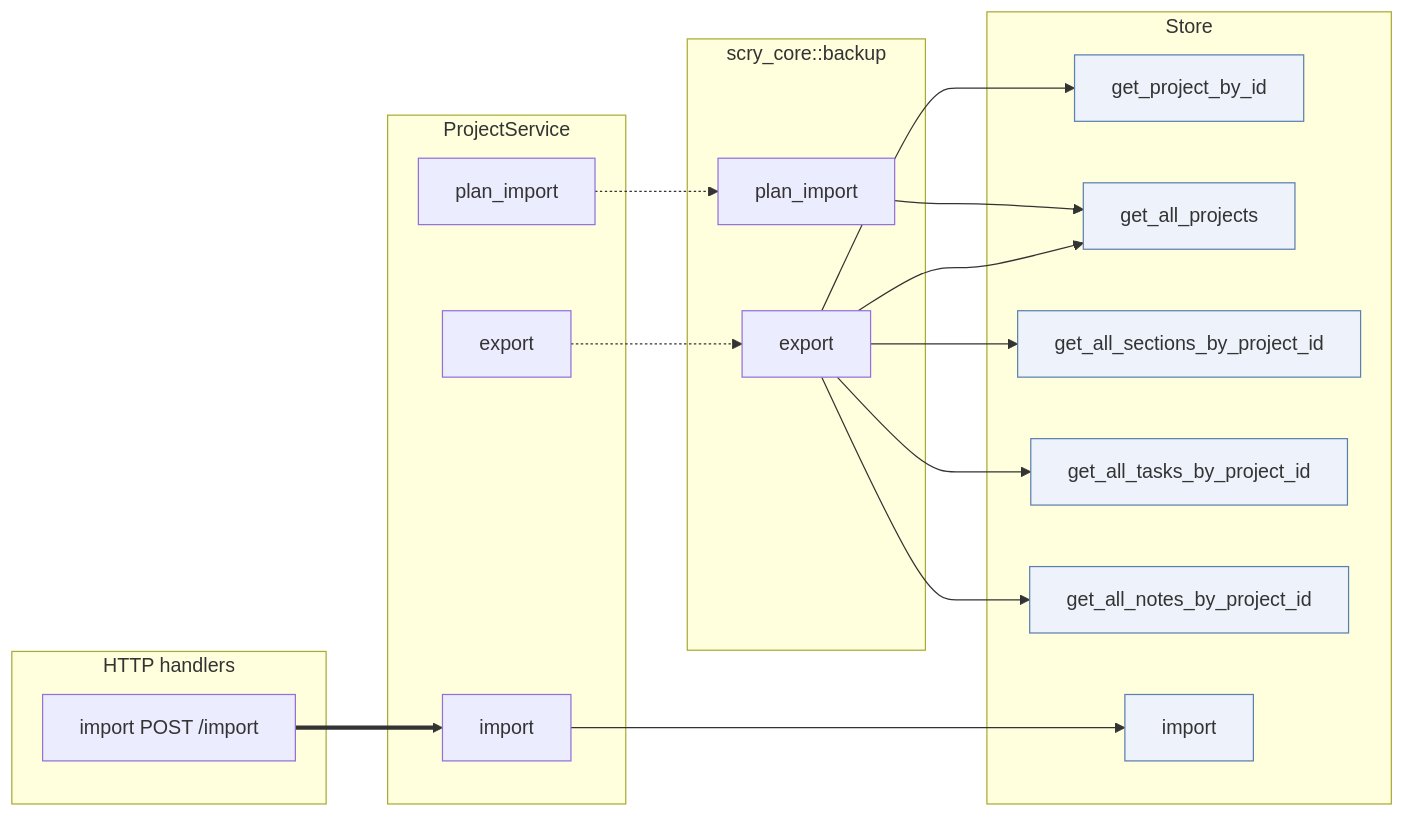
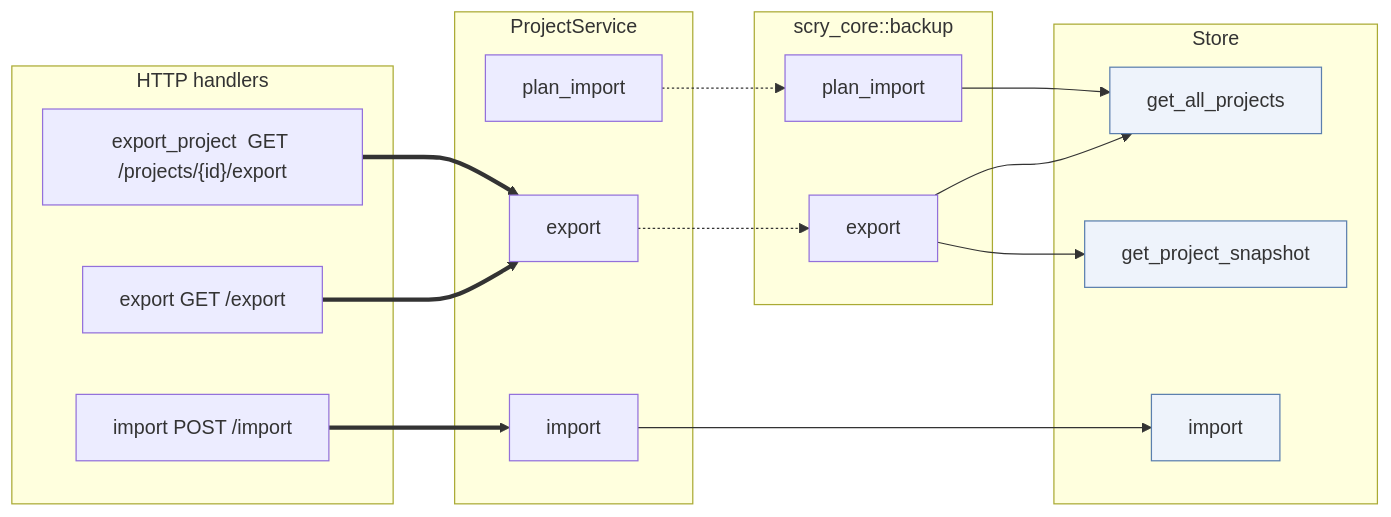
Before and after one commit to paulwrubel/scry: the sixth of 6 diagrams in docs/service-store-calls.md, drawn with Mermaid. The commit also changed other lines of this file and 9 other files, not shown here.

First line of the commit message:
feat: consolidate the project snapshot and backup document (#110)

````diff
--- a/docs/service-store-calls.md
+++ b/docs/service-store-calls.md
@@ -422,41 +422,39 @@
 ```mermaid
 flowchart LR
   subgraph http["HTTP handlers"]
+    h_export["export  GET /export"]
+    h_export_project["export_project  GET /projects/{id}/export"]
     h_import["import  POST /import"]
   end
 
   subgraph svc["ProjectService"]
     export[export]
     plan_import[plan_import]
     import[import]
   end
 
   subgraph backup["scry_core::backup"]
     bk_export[export]
     bk_plan_import[plan_import]
   end
 
   subgraph store["Store"]
-    st_get_project_by_id[get_project_by_id]
     st_get_all_projects[get_all_projects]
-    st_get_all_sections_by_project_id[get_all_sections_by_project_id]
-    st_get_all_tasks_by_project_id[get_all_tasks_by_project_id]
-    st_get_all_notes_by_project_id[get_all_notes_by_project_id]
+    st_get_project_snapshot[get_project_snapshot]
     st_import[import]
   end
 
+  h_export ==> export
+  h_export_project ==> export
   h_import ==> import
 
   export -.-> bk_export
   plan_import -.-> bk_plan_import
   import --> st_import
-  bk_export --> st_get_project_by_id
   bk_export --> st_get_all_projects
-  bk_export --> st_get_all_sections_by_project_id
-  bk_export --> st_get_all_tasks_by_project_id
-  bk_export --> st_get_all_notes_by_project_id
+  bk_export --> st_get_project_snapshot
   bk_plan_import --> st_get_all_projects
 
   classDef storeNode fill:#eef3fb,stroke:#5b7fae,stroke-width:1px
-  class st_get_project_by_id,st_get_all_projects,st_get_all_sections_by_project_id,st_get_all_tasks_by_project_id,st_get_all_notes_by_project_id,st_import storeNode
+  class st_get_all_projects,st_get_project_snapshot,st_import storeNode
 ```
````
